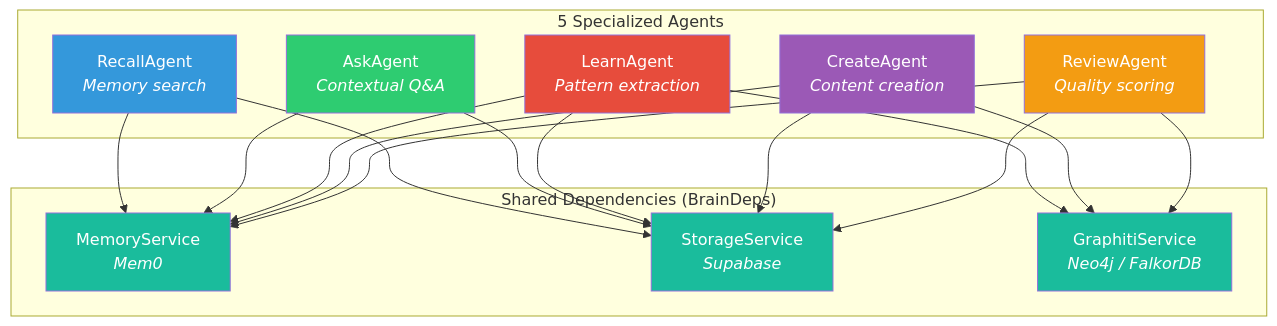
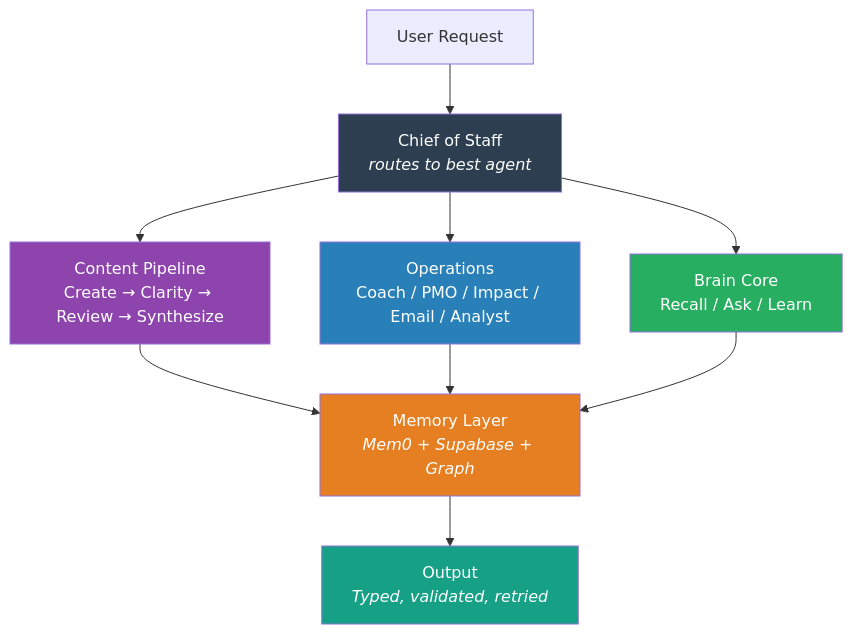
The first of 4 diagrams in README.md (ryanjosebrosas/second-brain-ultimatum), drawn with Mermaid before and after one commit. The commit also changed other lines of this file and 27 other files, not shown here.

````diff
--- a/README.md
+++ b/README.md
@@ -51,39 +21,21 @@
 ```mermaid
 graph TD
-    subgraph "5 Specialized Agents"
-        RECALL["RecallAgent<br/><i>Memory search</i>"]
-        ASK["AskAgent<br/><i>Contextual Q&A</i>"]
-        LEARN["LearnAgent<br/><i>Pattern extraction</i>"]
-        CREATE["CreateAgent<br/><i>Content creation</i>"]
-        REVIEW["ReviewAgent<br/><i>Quality scoring</i>"]
-    end
+    USER["User Request"] --> COS["Chief of Staff<br/><i>routes to best agent</i>"]
 
-    subgraph "Shared Dependencies (BrainDeps)"
-        MS["MemoryService<br/><i>Mem0</i>"]
-        SS["StorageService<br/><i>Supabase</i>"]
-        GS["GraphitiService<br/><i>Neo4j / FalkorDB</i>"]
-    end
+    COS --> CONTENT["Content Pipeline<br/>Create → Clarity → Review → Synthesize"]
+    COS --> OPS["Operations<br/>Coach / PMO / Impact / Email / Analyst"]
+    COS --> BRAIN["Brain Core<br/>Recall / Ask / Learn"]
 
-    RECALL --> MS
-    RECALL --> SS
-    ASK --> MS
-    ASK --> SS
-    LEARN --> MS
-    LEARN --> SS
-    LEARN --> GS
-    CREATE --> MS
-    CREATE --> SS
-    CREATE --> GS
-    REVIEW --> MS
-    REVIEW --> SS
-    REVIEW --> GS
+    CONTENT --> MEM["Memory Layer<br/><i>Mem0 + Supabase + Graph</i>"]
+    OPS --> MEM
+    BRAIN --> MEM
 
-    style RECALL fill:#3498db,color:#fff
-    style ASK fill:#2ecc71,color:#fff
-    style LEARN fill:#e74c3c,color:#fff
-    style CREATE fill:#9b59b6,color:#fff
-    style REVIEW fill:#f39c12,color:#fff
-    style MS fill:#1abc9c,color:#fff
-    style SS fill:#1abc9c,color:#fff
-    style GS fill:#1abc9c,color:#fff
+    MEM --> OUT["Output<br/><i>Typed, validated, retried</i>"]
+
+    style COS fill:#2c3e50,color:#fff
+    style CONTENT fill:#8e44ad,color:#fff
+    style OPS fill:#2980b9,color:#fff
+    style BRAIN fill:#27ae60,color:#fff
+    style MEM fill:#e67e22,color:#fff
+    style OUT fill:#16a085,color:#fff
 ```
````
